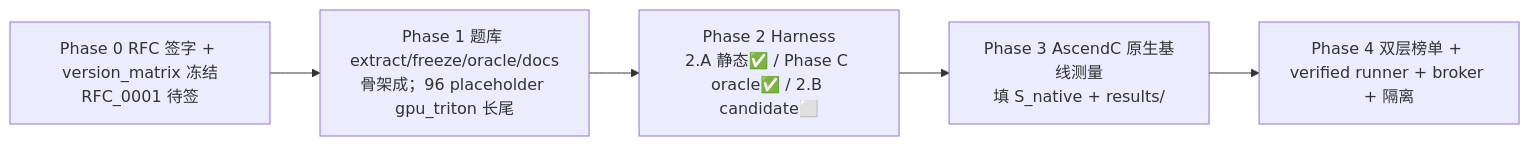
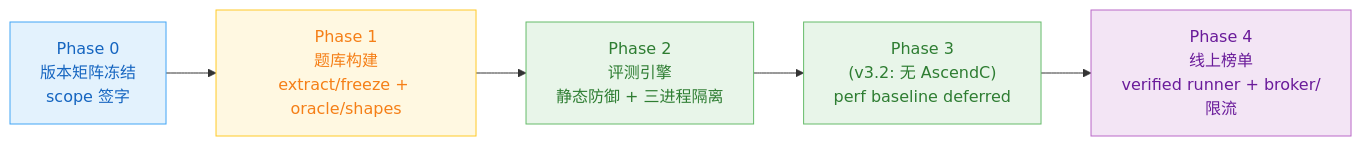
Before and after one commit to Gxj230958/TritonAscendBench: diagram 11 of 11 in docs/DESIGN.md, drawn with Mermaid. The commit also changed other lines of this file and 243 other files, not shown here.

First line of the commit message:
Remove AscendC, honest perf reporting, replace 3 errata tasks

````diff
--- a/docs/DESIGN.md
+++ b/docs/DESIGN.md
@@ -567,7 +668,17 @@
 ```mermaid
 flowchart LR
-    P0["Phase 0 RFC 签字 + version_matrix 冻结<br/>RFC_0001 待签"] --> P1["Phase 1 题库 extract/freeze/oracle/docs<br/>骨架成；96 placeholder gpu_triton 长尾"]
-    P1 --> P2["Phase 2 Harness<br/>2.A 静态✅ / Phase C oracle✅ / 2.B candidate⬜"]
-    P2 --> P3["Phase 3 AscendC 原生基线测量<br/>填 S_native + results/"]
-    P3 --> P4["Phase 4 双层榜单 + verified runner + broker + 隔离"]
+    P0["Phase 0<br/>版本矩阵冻结<br/>scope 签字"]
+    P1["Phase 1<br/>题库构建<br/>extract/freeze + oracle/shapes"]
+    P2["Phase 2<br/>评测引擎<br/>静态防御 + 三进程隔离"]
+    P3["Phase 3<br/>(v3.2: 无 AscendC)<br/>perf baseline deferred"]
+    P4["Phase 4<br/>线上榜单<br/>verified runner + broker/限流"]
+    P0 --> P1 --> P2 --> P3 --> P4
+    classDef plan fill:#E3F2FD,stroke:#42A5F5,color:#1565C0;
+    classDef build fill:#FFF8E1,stroke:#FFCA28,color:#F57F17;
+    classDef engine fill:#E8F5E9,stroke:#66BB6A,color:#2E7D32;
+    classDef release fill:#F3E5F5,stroke:#BA68C8,color:#6A1B9A;
+    class P0 plan;
+    class P1 build;
+    class P2,P3 engine;
+    class P4 release;
 ```
````
